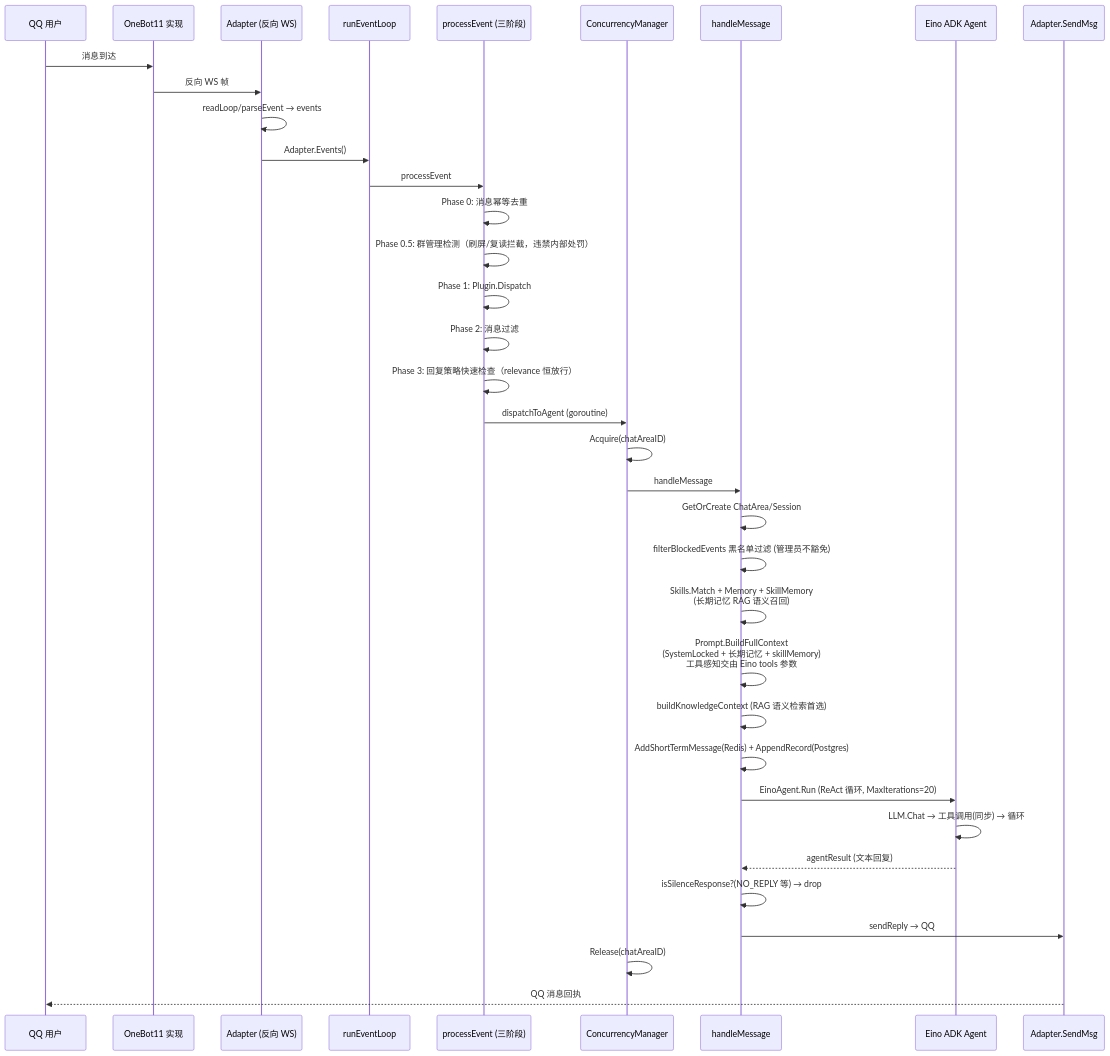
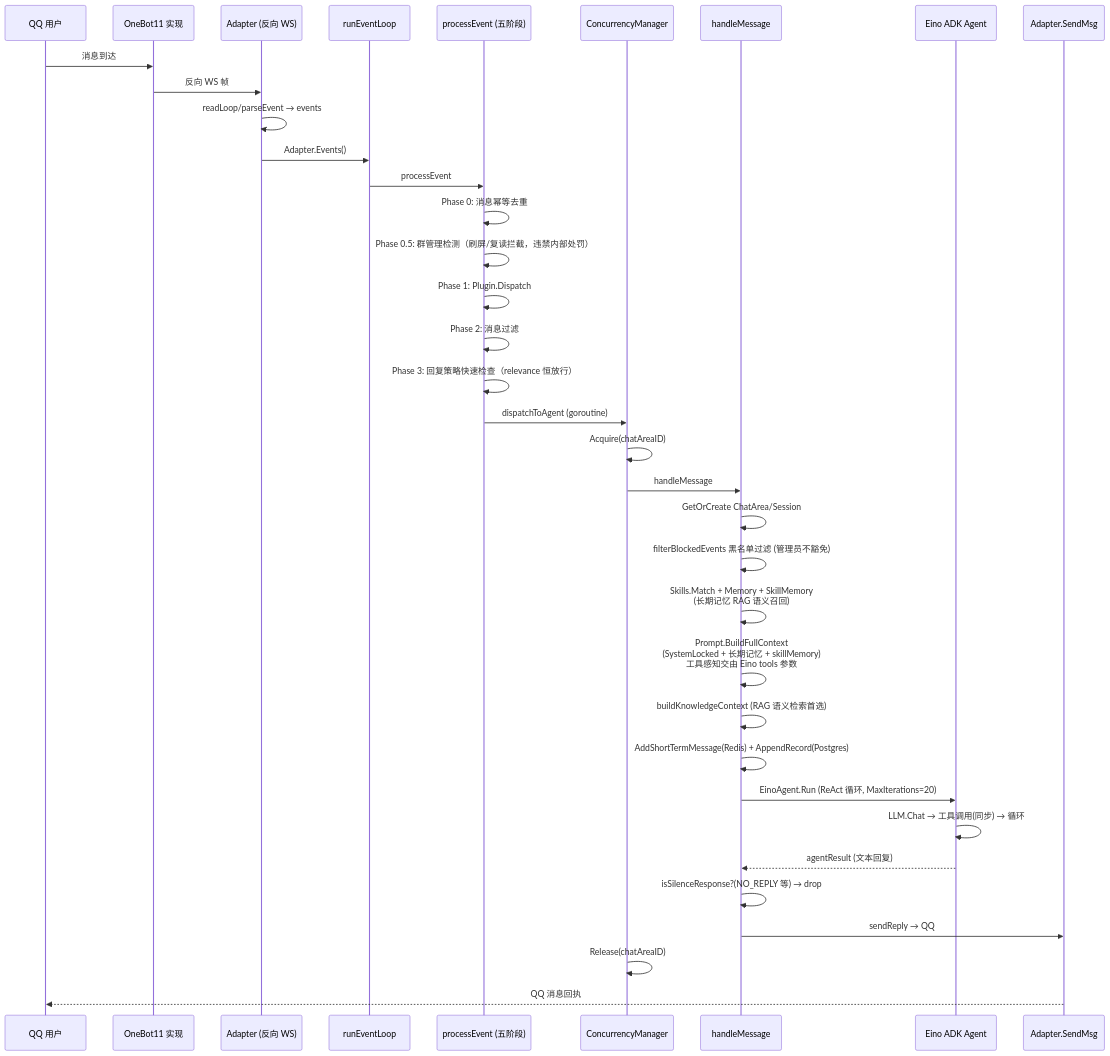
Diagram 18 of 26 in docs/development/architecture.md (TuF3i/JuanNiang-Docs), drawn with Mermaid before and after one commit. The commit also changed other lines of this file and 5 other files, not shown here.

````diff
--- a/docs/development/architecture.md
+++ b/docs/development/architecture.md
@@ -505,39 +505,39 @@
 ```mermaid
 sequenceDiagram
   participant U as QQ 用户
   participant OB as OneBot11 实现
   participant AD as Adapter (反向 WS)
   participant EL as runEventLoop
-  participant PE as processEvent (三阶段)
+  participant PE as processEvent (五阶段)
   participant CM as ConcurrencyManager
   participant HM as handleMessage
   participant EA as Eino ADK Agent
   participant QQ as Adapter.SendMsg
 
   U->>OB: 消息到达
   OB->>AD: 反向 WS 帧
   AD->>AD: readLoop/parseEvent → events
   AD->>EL: Adapter.Events()
   EL->>PE: processEvent
   PE->>PE: Phase 0: 消息幂等去重
   PE->>PE: Phase 0.5: 群管理检测（刷屏/复读拦截，违禁内部处罚）
   PE->>PE: Phase 1: Plugin.Dispatch
   PE->>PE: Phase 2: 消息过滤
   PE->>PE: Phase 3: 回复策略快速检查（relevance 恒放行）
   PE->>CM: dispatchToAgent (goroutine)
   CM->>CM: Acquire(chatAreaID)
   CM->>HM: handleMessage
   HM->>HM: GetOrCreate ChatArea/Session
   HM->>HM: filterBlockedEvents 黑名单过滤 (管理员不豁免)
   HM->>HM: Skills.Match + Memory + SkillMemory<br/>(长期记忆 RAG 语义召回)
   HM->>HM: Prompt.BuildFullContext<br/>(SystemLocked + 长期记忆 + skillMemory)<br/>工具感知交由 Eino tools 参数
   HM->>HM: buildKnowledgeContext (RAG 语义检索首选)
   HM->>HM: AddShortTermMessage(Redis) + AppendRecord(Postgres)
   HM->>EA: EinoAgent.Run (ReAct 循环, MaxIterations=20)
   EA->>EA: LLM.Chat → 工具调用(同步) → 循环
   EA-->>HM: agentResult (文本回复)
   HM->>HM: isSilenceResponse?(NO_REPLY 等) → drop
   HM->>QQ: sendReply → QQ
   CM->>CM: Release(chatAreaID)
   QQ-->>U: QQ 消息回执
 ```
````
